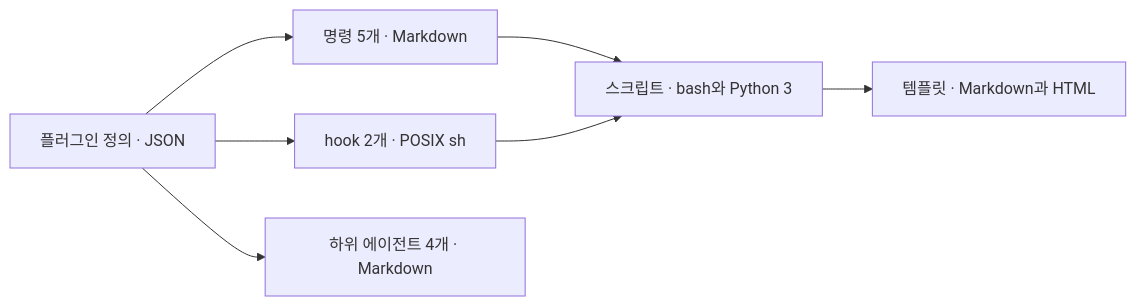
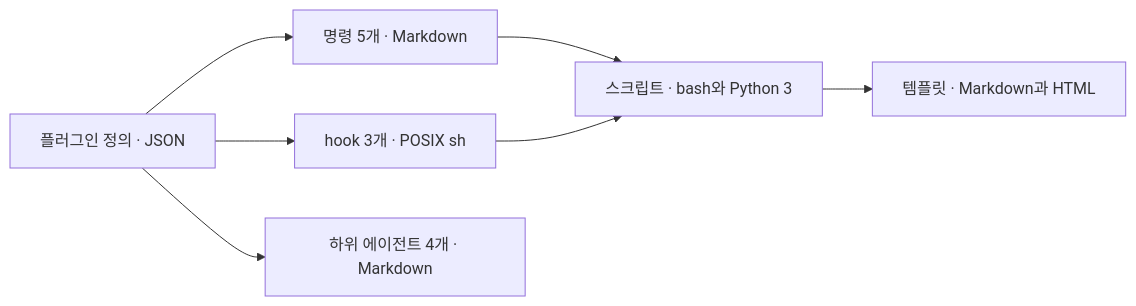
The first of 2 diagrams in docs/system/stack.md (dincal/agent_logbook), drawn with Mermaid before and after one commit. The commit also changed other lines of this file and 26 other files, not shown here.

````diff
--- a/docs/system/stack.md
+++ b/docs/system/stack.md
@@ -8,9 +8,9 @@
 ```mermaid
 flowchart LR
   M["플러그인 정의 · JSON"] --> S["명령 5개 · Markdown"]
-  M --> H["hook 2개 · POSIX sh"]
+  M --> H["hook 3개 · POSIX sh"]
   M --> V["하위 에이전트 4개 · Markdown"]
   S --> P["스크립트 · bash와 Python 3"]
   H --> P
   P --> T["템플릿 · Markdown과 HTML"]
 ```
````
